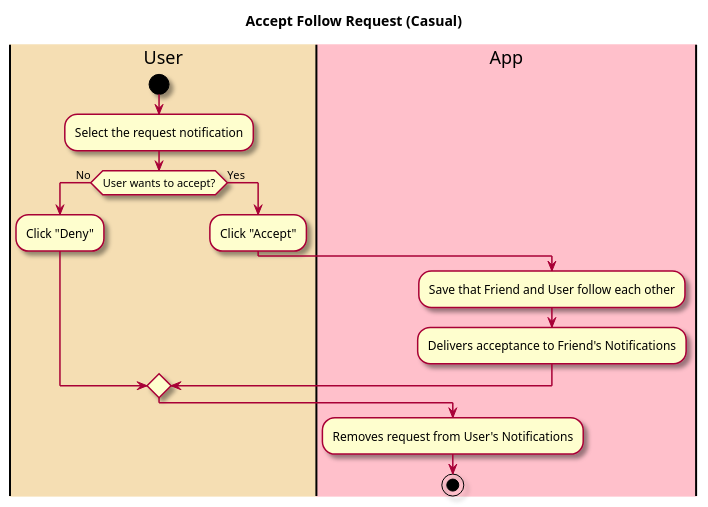
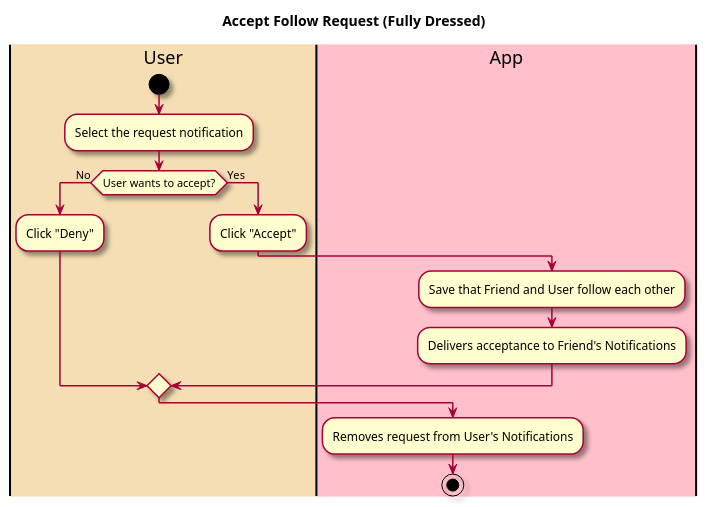
Before and after one commit to tanwasp/LunchBox-Android: the diagram in intellij/doc/use_cases/accept-follow-request.md, drawn with PlantUML. The commit also changed other lines of this file and 15 other files, not shown here.

````diff
--- a/intellij/doc/use_cases/accept-follow-request.md
+++ b/intellij/doc/use_cases/accept-follow-request.md
@@ -24,26 +24,26 @@
 ```plantuml
 @startuml
 
 skin rose
 
-title Accept Follow Request (Casual)
+title Accept Follow Request (Fully Dressed)
 
 |#wheat|User|
 |#pink|App|
 
 |User|
 start
 :Select the request notification;
 if (User wants to accept?) is (No) then 
 :Click "Deny";
 else (Yes)
 :Click "Accept";
 |App|
 :Save that Friend and User follow each other;
 :Delivers acceptance to Friend's Notifications;
 endif
 :Removes request from User's Notifications;
 
 stop
 @enduml
 ```
````
